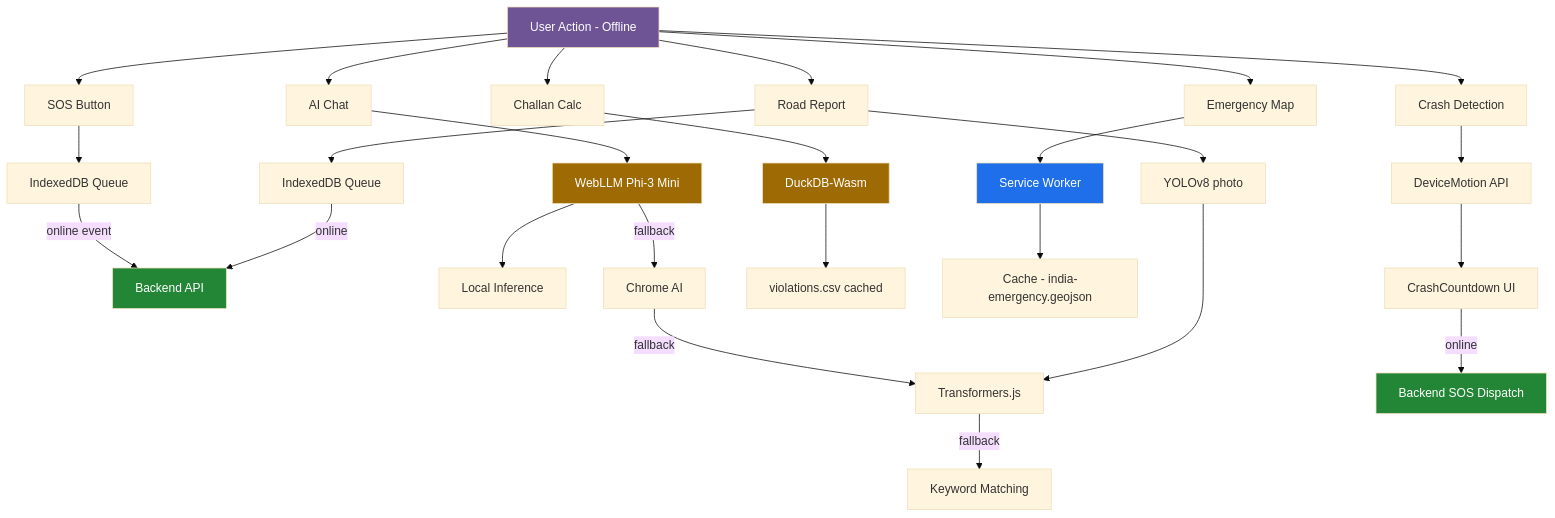
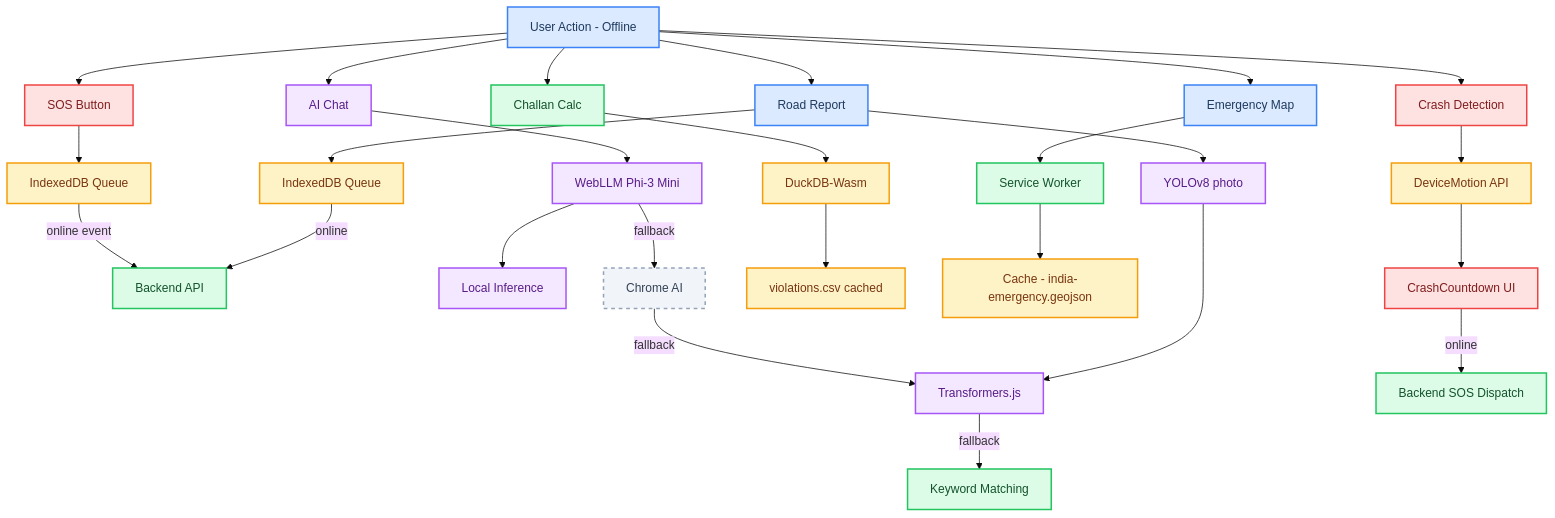
One commit to SafeVixAI/SafeVixAI changed the diagram in docs/architecture/Offline_Architecture.md. Above: the diagram before and after it, drawn with Mermaid (base theme). The commit also changed 85 other files, not shown here.

Commit message:
docs: Fix Mermaid diagrams, resolve relative link warnings, and ensure clean mkdocs build

````diff
--- a/docs/architecture/Offline_Architecture.md
+++ b/docs/architecture/Offline_Architecture.md
@@ -105,41 +105,43 @@
 ```mermaid
 flowchart TB
-    UA[User Action - Offline]
+    classDef edge fill:#dbeafe,stroke:#3b82f6,stroke-width:2px,color:#1e3a5f
+    classDef control fill:#dcfce7,stroke:#22c55e,stroke-width:2px,color:#14532d
+    classDef ai fill:#f3e8ff,stroke:#a855f7,stroke-width:2px,color:#581c87
+    classDef data fill:#fef3c7,stroke:#f59e0b,stroke-width:2px,color:#78350f
+    classDef security fill:#fee2e2,stroke:#ef4444,stroke-width:2px,color:#7f1d1d
+    classDef external fill:#f1f5f9,stroke:#94a3b8,stroke-width:2px,stroke-dasharray:5 5,color:#334155
+    classDef decision fill:#e0e7ff,stroke:#6366f1,stroke-width:2px,color:#312e81
+    classDef success fill:#d1fae5,stroke:#10b981,stroke-width:2px,color:#064e3b
 
-    UA --> SOS[SOS Button]
-    SOS --> IQ1[IndexedDB Queue]
-    IQ1 -->|"online event"| BA[Backend API]
+    UA["User Action - Offline"]:::edge
 
-    UA --> CH[AI Chat]
-    CH --> WM[WebLLM Phi-3 Mini]
-    WM --> LI[Local Inference]
-    WM -->|"fallback"| CA[Chrome AI]
-    CA -->|"fallback"| TJ[Transformers.js]
-    TJ -->|"fallback"| KW[Keyword Matching]
+    UA --> SOS["SOS Button"]:::security
+    SOS --> IQ1["IndexedDB Queue"]:::data
+    IQ1 -->|"online event"| BA["Backend API"]:::control
 
-    UA --> CC[Challan Calc]
-    CC --> DW[DuckDB-Wasm]
-    DW --> VC[violations.csv cached]
+    UA --> CH["AI Chat"]:::ai
+    CH --> WM["WebLLM Phi-3 Mini"]:::ai
+    WM --> LI["Local Inference"]:::ai
+    WM -->|"fallback"| CA["Chrome AI"]:::external
+    CA -->|"fallback"| TJ["Transformers.js"]:::ai
+    TJ -->|"fallback"| KW["Keyword Matching"]:::control
 
-    UA --> RR[Road Report]
-    RR --> IQ2[IndexedDB Queue]
+    UA --> CC["Challan Calc"]:::control
+    CC --> DW["DuckDB-Wasm"]:::data
+    DW --> VC["violations.csv cached"]:::data
+
+    UA --> RR["Road Report"]:::edge
+    RR --> IQ2["IndexedDB Queue"]:::data
     IQ2 -->|"online"| BA
-    RR --> YO[YOLOv8 photo]
+    RR --> YO["YOLOv8 photo"]:::ai
     YO --> TJ
 
-    UA --> EM[Emergency Map]
-    EM --> SW[Service Worker]
-    SW --> CA2[Cache - india-emergency.geojson]
+    UA --> EM["Emergency Map"]:::edge
+    EM --> SW["Service Worker"]:::control
+    SW --> CA2["Cache - india-emergency.geojson"]:::data
 
-    UA --> CD[Crash Detection]
-    CD --> DM[DeviceMotion API]
-    DM --> CU[CrashCountdown UI]
-    CU -->|"online"| BA2[Backend SOS Dispatch]
-
-    style UA fill:#6e5494,color:#fff
-    style BA fill:#238636,color:#fff
-    style BA2 fill:#238636,color:#fff
-    style SW fill:#1f6feb,color:#fff
-    style WM fill:#9e6a03,color:#fff
-    style DW fill:#9e6a03,color:#fff
+    UA --> CD["Crash Detection"]:::security
+    CD --> DM["DeviceMotion API"]:::data
+    DM --> CU["CrashCountdown UI"]:::security
+    CU -->|"online"| BA2["Backend SOS Dispatch"]:::control
 ```
````
